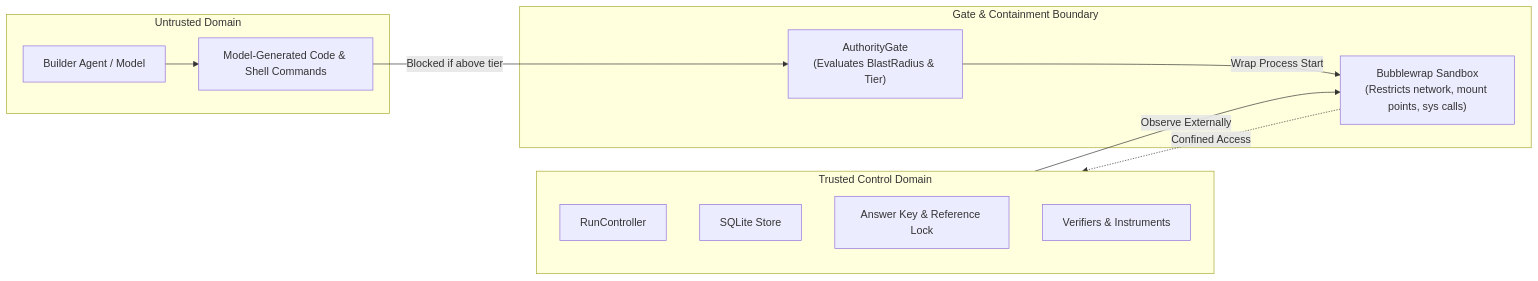
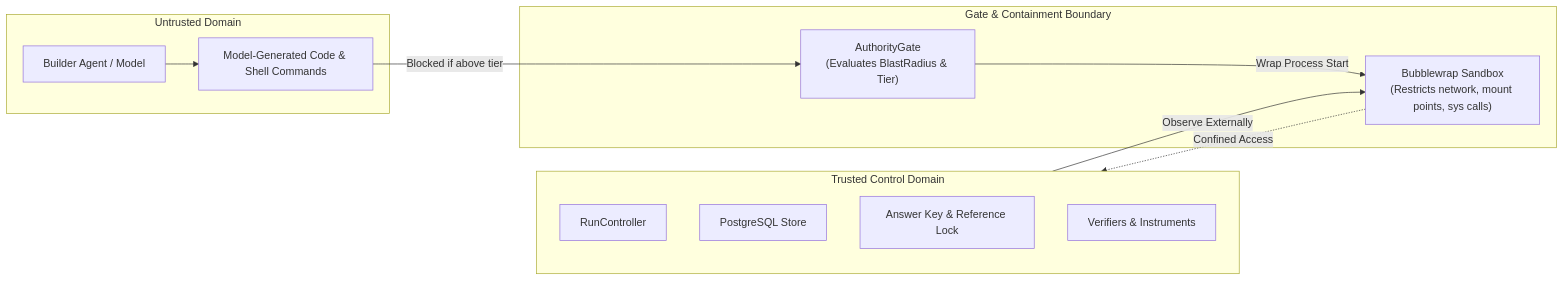
The fourth of 4 diagrams in docs/architecture.md (GodSpeedAI/Gauntlet), drawn with Mermaid before and after one commit. The commit also changed other lines of this file and 53 other files, not shown here.

First line of the commit message:
docs/spec: PostgreSQL as the default durable store; GAUNTLET_DATABASE_URL hook

````diff
--- a/docs/architecture.md
+++ b/docs/architecture.md
@@ -202,25 +202,25 @@
 ```mermaid
 flowchart LR
     subgraph UntrustedZone ["Untrusted Domain"]
         BUILDER["Builder Agent / Model"]
         OUTPUT["Model-Generated Code & Shell Commands"]
     end
 
     subgraph DefenseLine ["Gate & Containment Boundary"]
         AUTH_GATE["AuthorityGate\n(Evaluates BlastRadius & Tier)"]
         SANDBOX["Bubblewrap Sandbox\n(Restricts network, mount points, sys calls)"]
     end
 
     subgraph TrustedZone ["Trusted Control Domain"]
         CTRL["RunController"]
-        STATE["SQLite Store"]
+        STATE["PostgreSQL Store"]
         RULER["Answer Key & Reference Lock"]
         VERIF["Verifiers & Instruments"]
     end
 
     BUILDER --> OUTPUT
     OUTPUT -->|Blocked if above tier| AUTH_GATE
     AUTH_GATE -->|Wrap Process Start| SANDBOX
     SANDBOX -.->|Confined Access| TrustedZone
     TrustedZone -->|Observe Externally| SANDBOX
 ```
````
